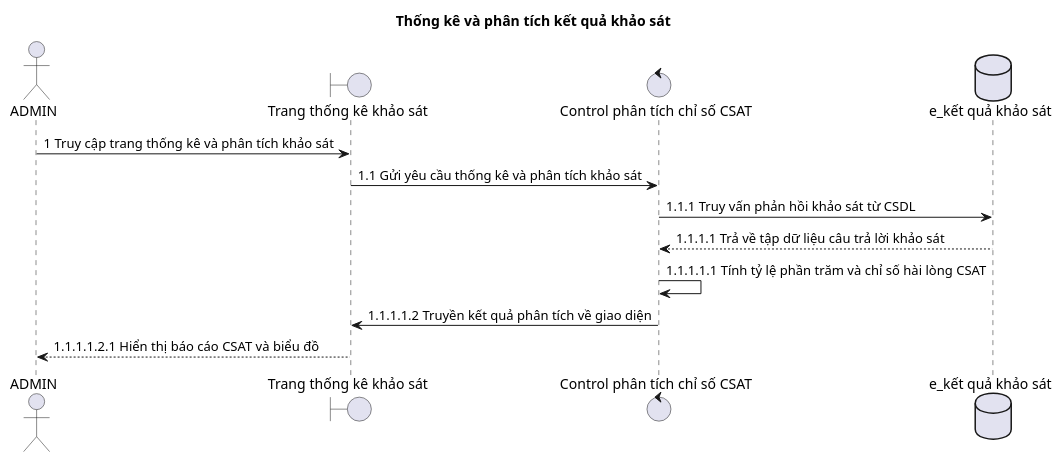
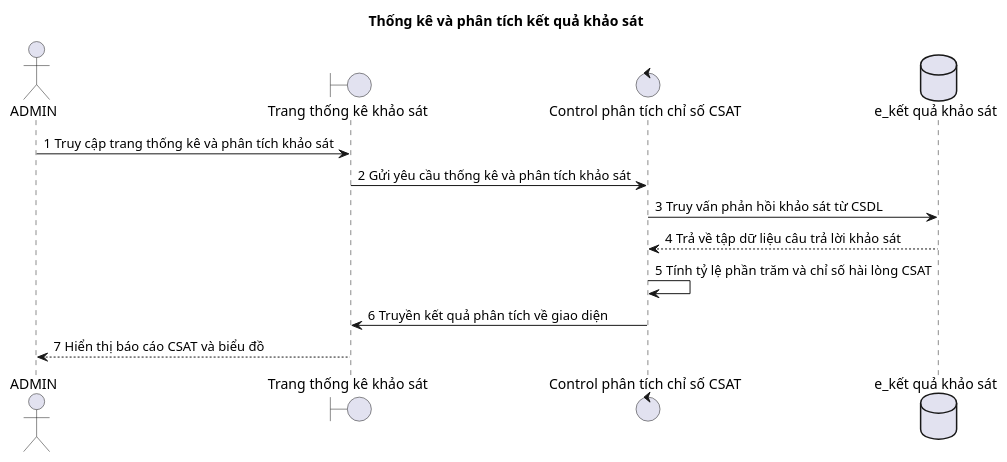
One commit to duygri/do-an-htttdn-crm changed the diagram in docs/diagrams/sequence/preview/08-survey-analytics.puml. Above: the diagram before and after it, drawn with PlantUML.

Commit message:
Refactor sequence diagram for survey analytics

```diff
--- a/docs/diagrams/sequence/preview/08-survey-analytics.puml
+++ b/docs/diagrams/sequence/preview/08-survey-analytics.puml
@@ -1,16 +1,16 @@
 @startuml
 title Thống kê và phân tích kết quả khảo sát
 
 actor ADMIN as Admin
 boundary "Trang thống kê khảo sát" as Boundary
 control "Control phân tích chỉ số CSAT" as Control
 database "e_kết quả khảo sát" as Entity
 
 Admin -> Boundary: 1 Truy cập trang thống kê và phân tích khảo sát
-Boundary -> Control: 1.1 Gửi yêu cầu thống kê và phân tích khảo sát
-Control -> Entity: 1.1.1 Truy vấn phản hồi khảo sát từ CSDL
-Entity --> Control: 1.1.1.1 Trả về tập dữ liệu câu trả lời khảo sát
-Control -> Control: 1.1.1.1.1 Tính tỷ lệ phần trăm và chỉ số hài lòng CSAT
-Control -> Boundary: 1.1.1.1.2 Truyền kết quả phân tích về giao diện
-Boundary --> Admin: 1.1.1.1.2.1 Hiển thị báo cáo CSAT và biểu đồ
+Boundary -> Control: 2 Gửi yêu cầu thống kê và phân tích khảo sát
+Control -> Entity: 3 Truy vấn phản hồi khảo sát từ CSDL
+Entity --> Control: 4 Trả về tập dữ liệu câu trả lời khảo sát
+Control -> Control: 5 Tính tỷ lệ phần trăm và chỉ số hài lòng CSAT
+Control -> Boundary: 6 Truyền kết quả phân tích về giao diện
+Boundary --> Admin: 7 Hiển thị báo cáo CSAT và biểu đồ
 @enduml
```
